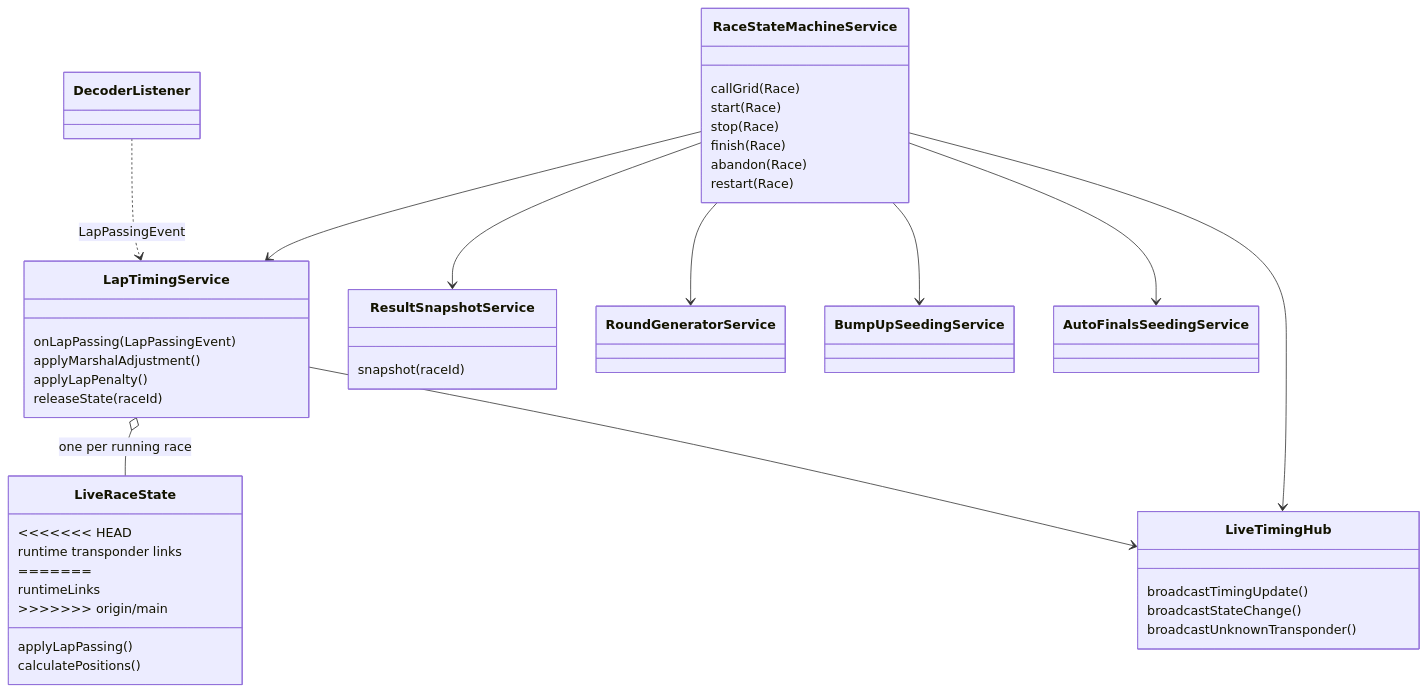
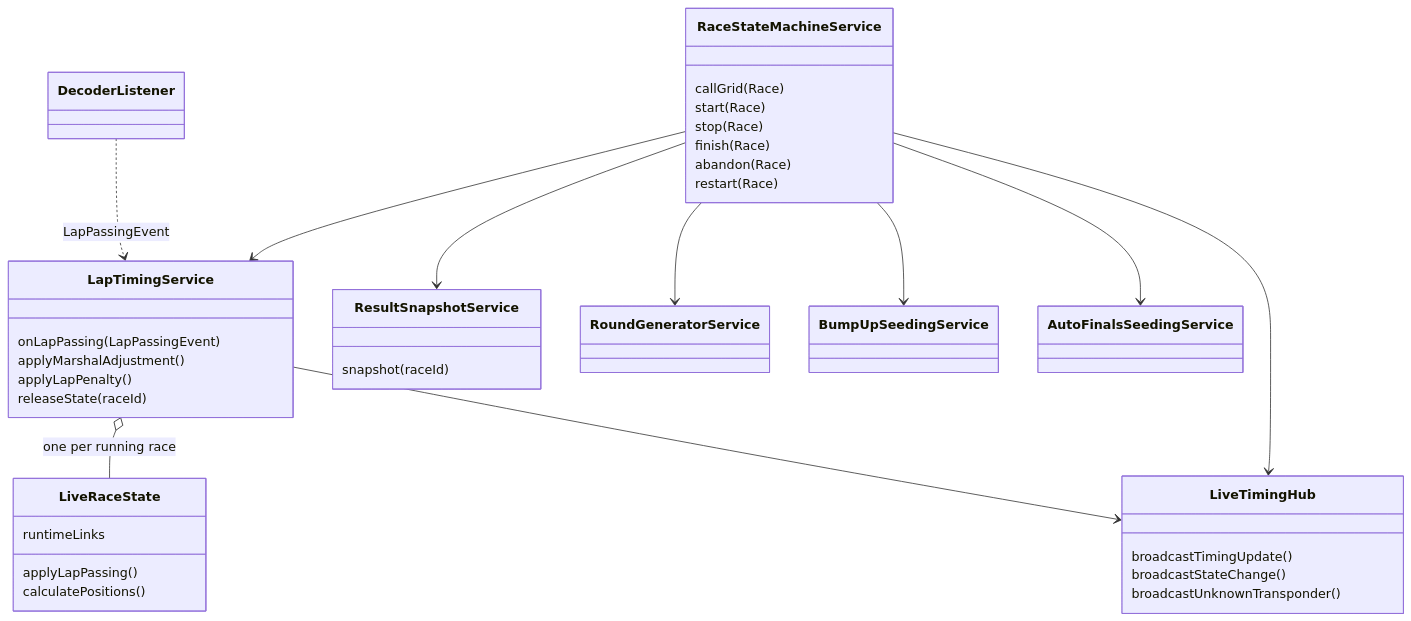
The second of 3 diagrams in docs/developer/domain-model.md (RCRaceHub/RCTimingControl), drawn with Mermaid before and after one commit. The commit also changed other lines of this file and 2 other files, not shown here.

Commit message:
Take the reviewed diagrams from main (drop conflict markers)
Claude-Session: https://claude.ai/code/session_01DzyBwBFMMQNevmBX3QRCzN

````diff
--- a/docs/developer/domain-model.md
+++ b/docs/developer/domain-model.md
@@ -96,49 +92,45 @@
 ```mermaid
 classDiagram
     direction TB
     class RaceStateMachineService {
         callGrid(Race)
         start(Race)
         stop(Race)
         finish(Race)
         abandon(Race)
         restart(Race)
     }
     class LapTimingService {
         onLapPassing(LapPassingEvent)
         applyMarshalAdjustment()
         applyLapPenalty()
         releaseState(raceId)
     }
     class LiveRaceState {
         applyLapPassing()
         calculatePositions()
-<<<<<<< HEAD
-        runtime transponder links
-=======
         runtimeLinks
->>>>>>> origin/main
     }
     class LiveTimingHub {
         broadcastTimingUpdate()
         broadcastStateChange()
         broadcastUnknownTransponder()
     }
     class ResultSnapshotService {
         snapshot(raceId)
     }
     class RoundGeneratorService
     class BumpUpSeedingService
     class AutoFinalsSeedingService
     class DecoderListener
 
     DecoderListener ..> LapTimingService : LapPassingEvent
     LapTimingService o-- LiveRaceState : one per running race
     LapTimingService --> LiveTimingHub
     RaceStateMachineService --> LapTimingService
     RaceStateMachineService --> LiveTimingHub
     RaceStateMachineService --> ResultSnapshotService
     RaceStateMachineService --> RoundGeneratorService
     RaceStateMachineService --> BumpUpSeedingService
     RaceStateMachineService --> AutoFinalsSeedingService
 ```
````
